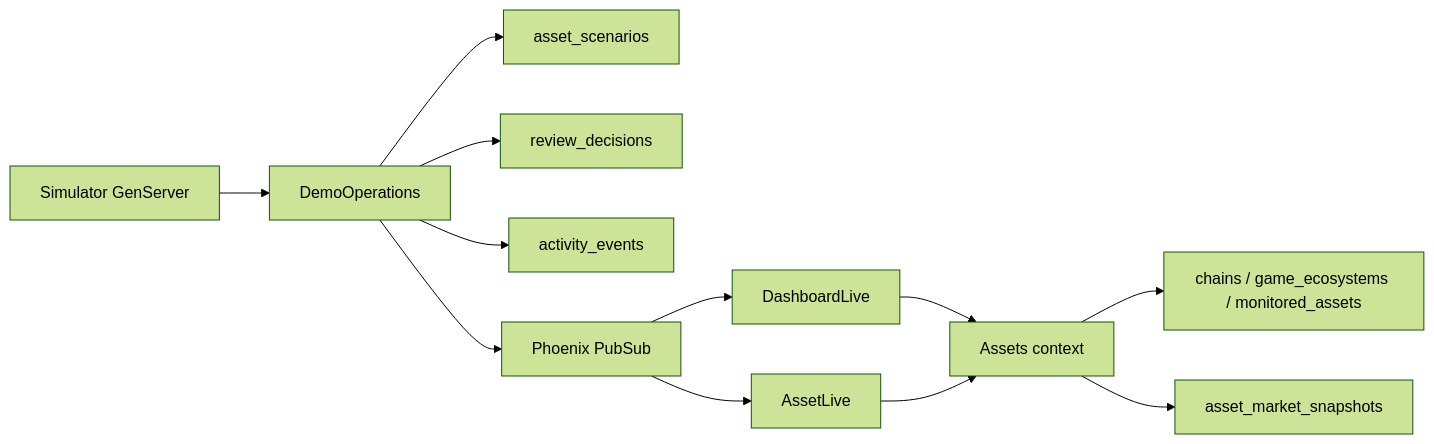
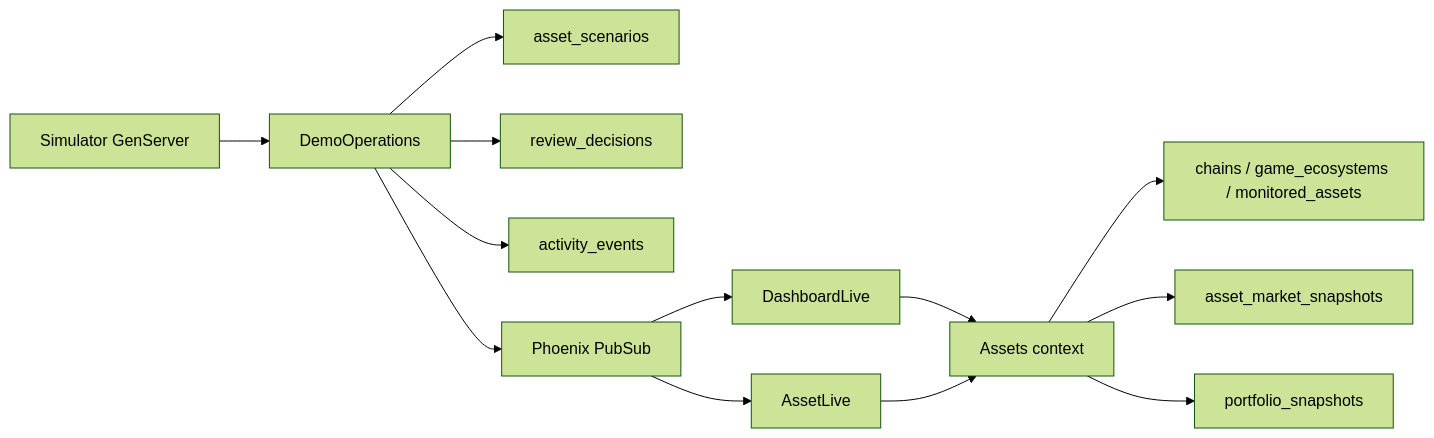
One commit to Macstyg/asset-monitoring-dash changed the first of 2 diagrams in README.md. Above: the diagram before and after it, drawn with Mermaid (forest theme). The commit also changed other lines of this file and 1 other file, not shown here.

````diff
--- a/README.md
+++ b/README.md
@@ -32,14 +138,18 @@
 ```mermaid
 flowchart LR
     Simulator["Simulator GenServer"] --> Operations["DemoOperations"]
     Operations --> Scenarios["asset_scenarios"]
     Operations --> Reviews["review_decisions"]
     Operations --> Events["activity_events"]
     Operations --> PubSub["Phoenix PubSub"]
+
     PubSub --> Dashboard["DashboardLive"]
     PubSub --> AssetDetail["AssetLive"]
+
     Assets["Assets context"] --> Catalog["chains / game_ecosystems / monitored_assets"]
-    Assets --> Snapshots["asset_market_snapshots"]
+    Assets --> Market["asset_market_snapshots"]
+    Assets --> Portfolio["portfolio_snapshots"]
+
     Dashboard --> Assets
     AssetDetail --> Assets
 ```
````
